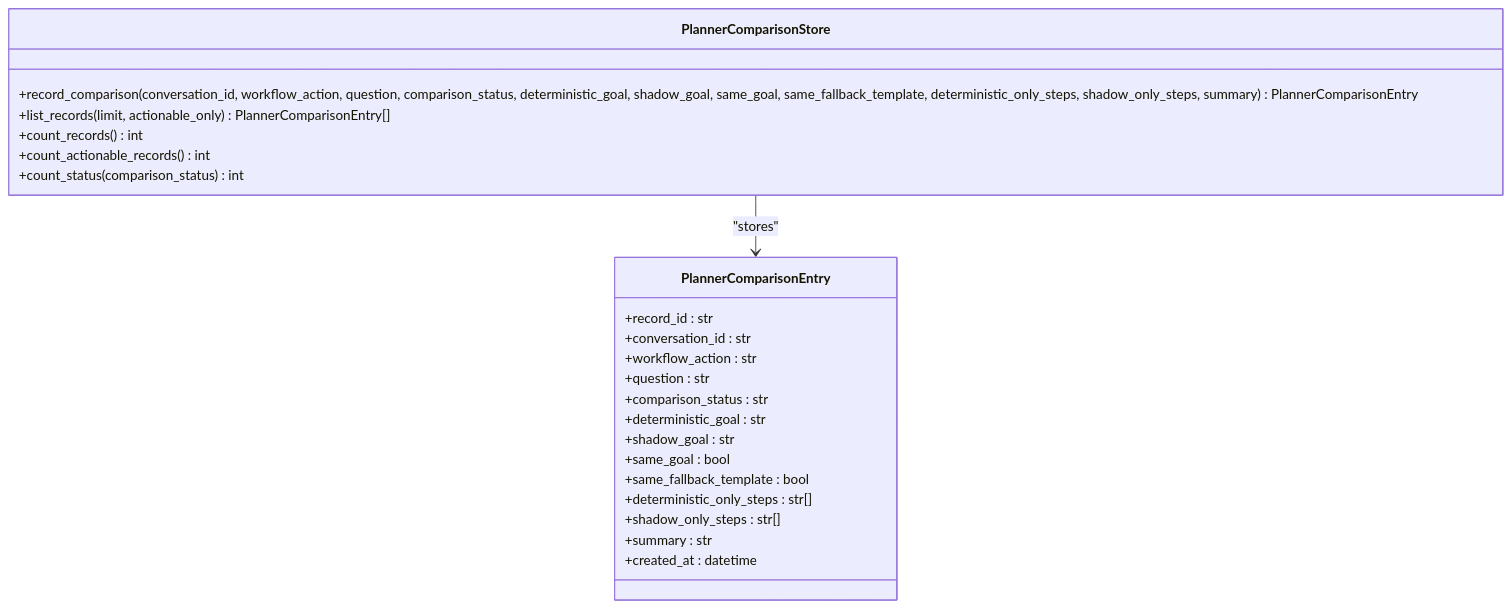
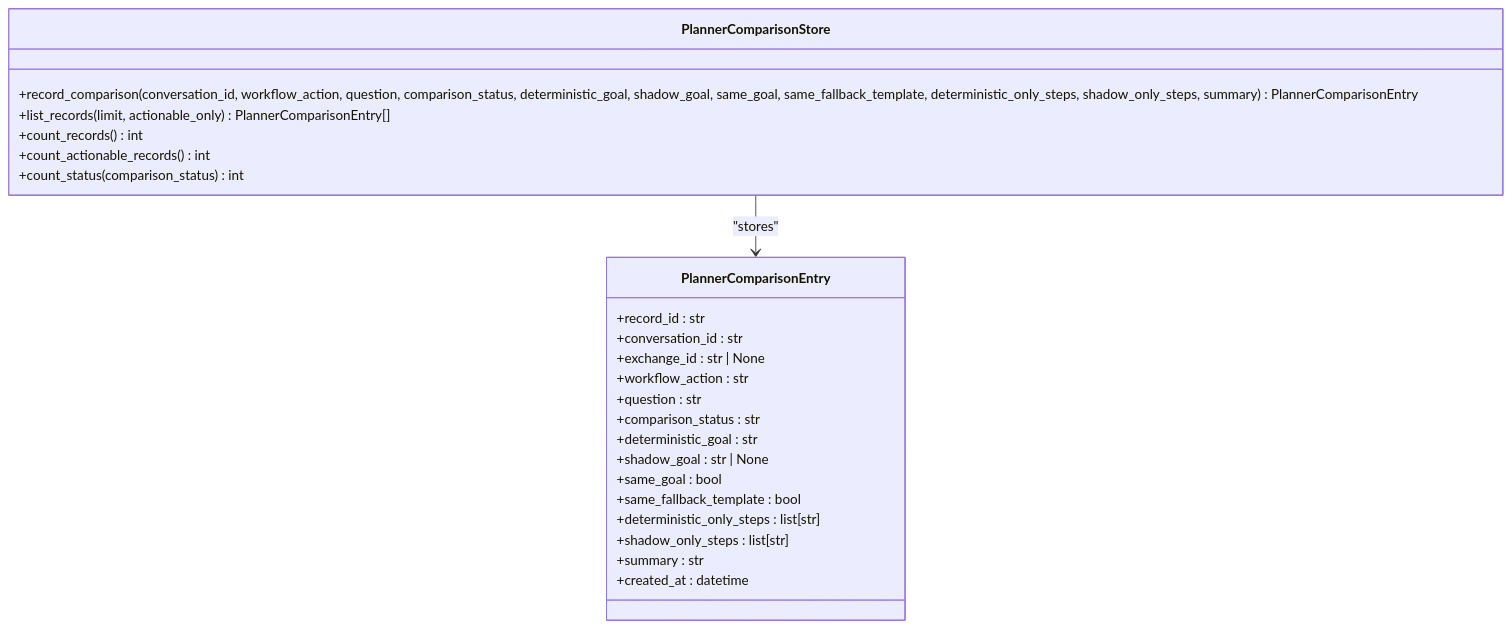
Before and after one commit to intellistream/sage-mate: diagram 16 of 20 in .qoder/repowiki/en/content/Workflow System/Workflow System.md, drawn with Mermaid. The commit also changed other lines of this file and 28 other files, not shown here.

````diff
--- a/.qoder/repowiki/en/content/Workflow System/Workflow System.md
+++ b/.qoder/repowiki/en/content/Workflow System/Workflow System.md
@@ -774,26 +774,27 @@
 ```mermaid
 classDiagram
 class PlannerComparisonStore {
 +record_comparison(conversation_id, workflow_action, question, comparison_status, deterministic_goal, shadow_goal, same_goal, same_fallback_template, deterministic_only_steps, shadow_only_steps, summary) PlannerComparisonEntry
 +list_records(limit, actionable_only) PlannerComparisonEntry[]
 +count_records() int
 +count_actionable_records() int
 +count_status(comparison_status) int
 }
 class PlannerComparisonEntry {
 +record_id : str
 +conversation_id : str
++exchange_id : str | None
 +workflow_action : str
 +question : str
 +comparison_status : str
 +deterministic_goal : str
-+shadow_goal : str
++shadow_goal : str | None
 +same_goal : bool
 +same_fallback_template : bool
-+deterministic_only_steps : str[]
-+shadow_only_steps : str[]
++deterministic_only_steps : list[str]
++shadow_only_steps : list[str]
 +summary : str
 +created_at : datetime
 }
 PlannerComparisonStore --> PlannerComparisonEntry : "stores"
 ```
````
